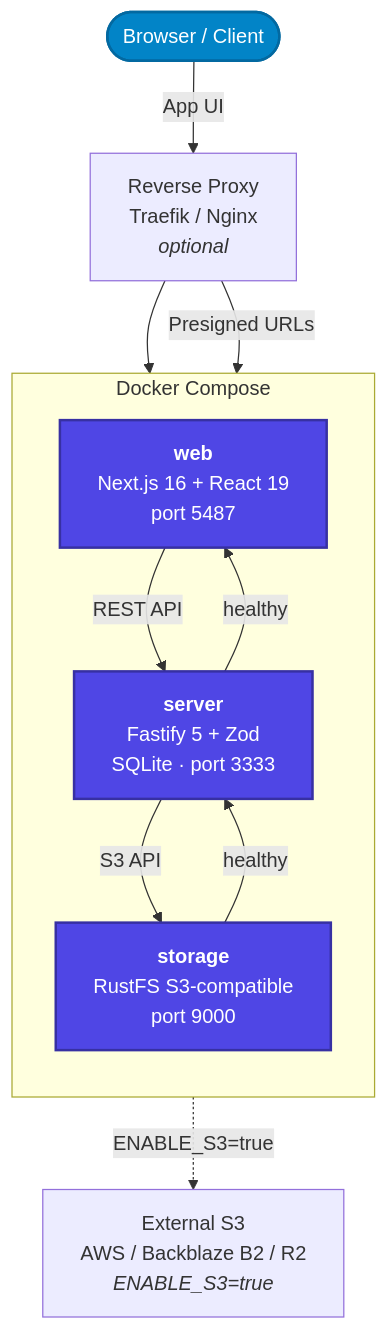
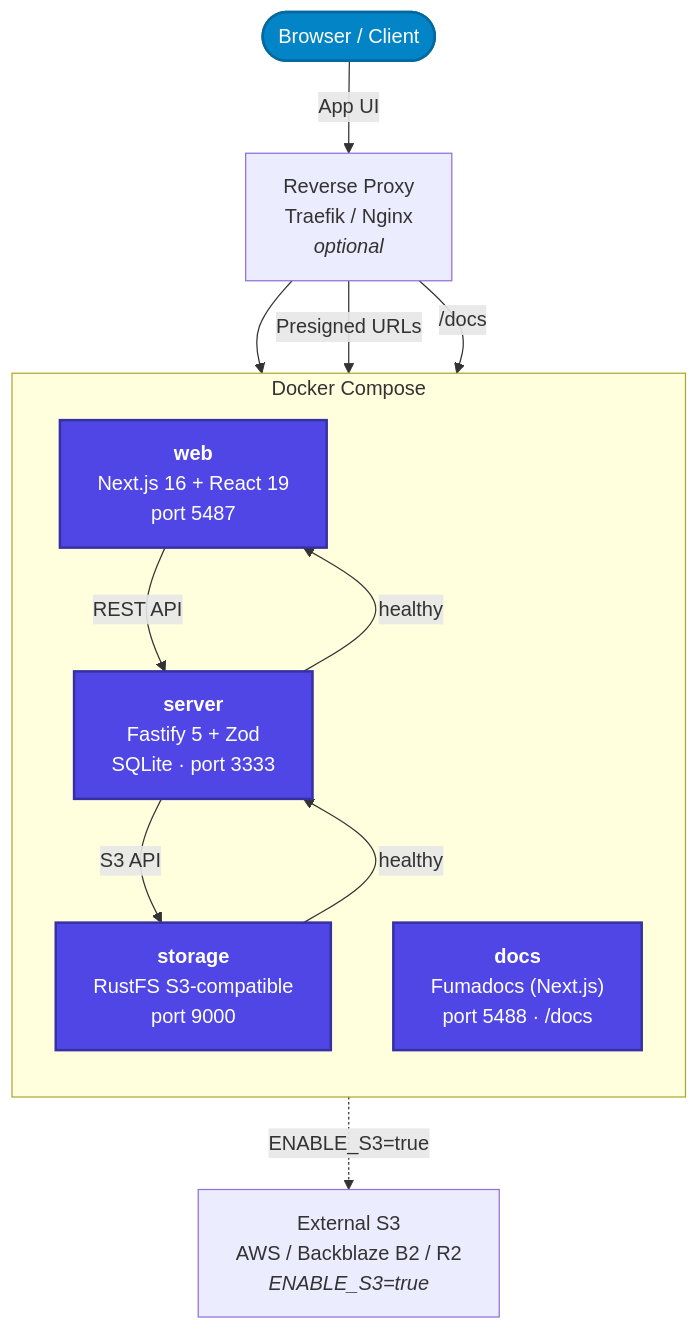
One commit to slvnlrt/Ouitransfer changed the diagram in apps/docs/content/docs/v1-beta/architecture.fr.mdx. Above: the diagram before and after it, drawn with Mermaid. The commit also changed other lines of this file and 6 other files, not shown here.

````diff
--- a/apps/docs/content/docs/v1-beta/architecture.fr.mdx
+++ b/apps/docs/content/docs/v1-beta/architecture.fr.mdx
@@ -10,30 +10,32 @@
 ```mermaid
 flowchart TB
     Browser(["Browser / Client"])
 
     subgraph Compose["Docker Compose"]
         direction TB
         Web["<b>web</b><br/>Next.js 16 + React 19<br/>port 5487"]
         Server["<b>server</b><br/>Fastify 5 + Zod<br/>SQLite · port 3333"]
         Storage["<b>storage</b><br/>RustFS S3-compatible<br/>port 9000"]
+        Docs["<b>docs</b><br/>Fumadocs (Next.js)<br/>port 5488 · /docs"]
     end
 
     RP["Reverse Proxy<br/>Traefik / Nginx<br/><i>optional</i>"]
     ExtS3["External S3<br/>AWS / Backblaze B2 / R2<br/><i>ENABLE_S3=true</i>"]
 
     Browser -- "App UI" --> RP
     RP --> Web
     RP -- "Presigned URLs" --> Storage
+    RP -- "/docs" --> Docs
     Web -- "REST API" --> Server
     Server -- "S3 API" --> Storage
     Server -. "ENABLE_S3=true" .-> ExtS3
 
     Storage -->|"healthy"| Server
     Server -->|"healthy"| Web
 
     classDef container fill:#4f46e5,color:#ffffff,stroke:#3730a3,stroke-width:2px
     classDef client fill:#0284c7,color:#ffffff,stroke:#0369a1,stroke-width:2px
 
-    class Web,Server,Storage container
+    class Web,Server,Storage,Docs container
     class Browser client
 ```
````
